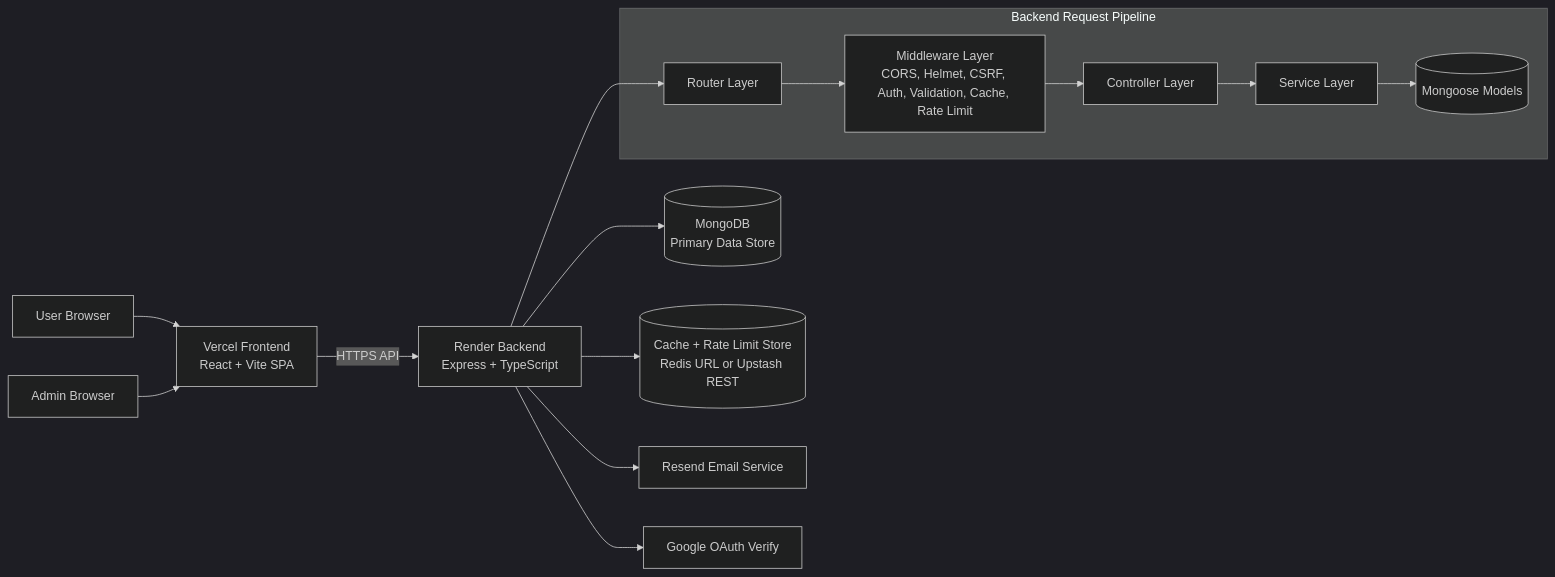
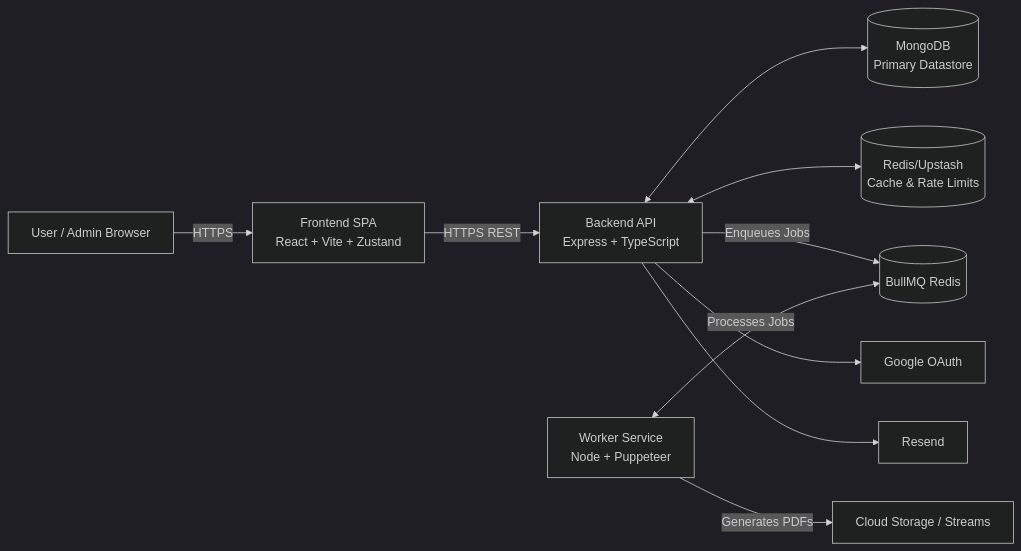
Before and after one commit to Rahul-Karki/Resume-Builder-Project: the diagram in README.md, drawn with Mermaid (dark theme). The commit also changed other lines of this file and 1 other file, not shown here.

````diff
--- a/README.md
+++ b/README.md
@@ -25,21 +21,15 @@
 ```mermaid
 flowchart LR
-	U[User Browser] --> F[Vercel Frontend\nReact + Vite SPA]
-	A[Admin Browser] --> F
-
-	F -->|HTTPS API| B[Render Backend\nExpress + TypeScript]
-
-	B --> M[(MongoDB\nPrimary Data Store)]
-	B --> C[(Cache + Rate Limit Store\nRedis URL or Upstash REST)]
-	B --> E[Resend Email Service]
-	B --> G[Google OAuth Verify]
-
-	subgraph Backend Request Pipeline
-		R[Router Layer] --> MW[Middleware Layer\nCORS, Helmet, CSRF, Auth, Validation, Cache, Rate Limit]
-		MW --> CT[Controller Layer]
-		CT --> SV[Service Layer]
-		SV --> DB[(Mongoose Models)]
-	end
-
-	B --> R
+    Client[User / Admin Browser] -->|HTTPS| Frontend[Frontend SPA\nReact + Vite + Zustand]
+    Frontend -->|HTTPS REST| API[Backend API\nExpress + TypeScript]
+    
+    API <--> DB[(MongoDB\nPrimary Datastore)]
+    API <--> Cache[(Redis/Upstash\nCache & Rate Limits)]
+    API -->|Enqueues Jobs| RedisQueue[(BullMQ Redis)]
+    
+    Worker[Worker Service\nNode + Puppeteer] <-->|Processes Jobs| RedisQueue
+    Worker -->|Generates PDFs| Storage[Cloud Storage / Streams]
+    
+    API --> OAuth[Google OAuth]
+    API --> Email[Resend]
 ```
````
